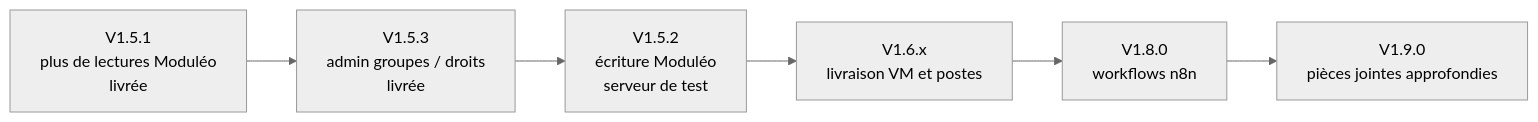
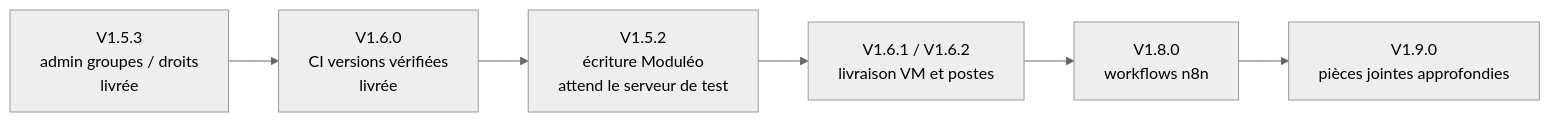
The third of 3 diagrams in README.md (UlyssouLV/BBASS-Agents-IA), drawn with Mermaid (neutral theme) before and after one commit. The commit also changed other lines of this file and 183 other files, not shown here.

First line of the commit message:
V1.6.0 — CI : versions vérifiées et prêtes à livrer (#223)

````diff
--- a/README.md
+++ b/README.md
@@ -174,8 +174,8 @@
 ```mermaid
 flowchart LR
-  V151["V1.5.1<br/>plus de lectures Moduléo<br/>livrée"] --> V153["V1.5.3<br/>admin groupes / droits<br/>livrée"]
-  V153 --> V152["V1.5.2<br/>écriture Moduléo<br/>serveur de test"]
-  V152 --> V16x["V1.6.x<br/>livraison VM et postes"]
+  V153["V1.5.3<br/>admin groupes / droits<br/>livrée"] --> V160["V1.6.0<br/>CI versions vérifiées<br/>livrée"]
+  V160 --> V152["V1.5.2<br/>écriture Moduléo<br/>attend le serveur de test"]
+  V152 --> V16x["V1.6.1 / V1.6.2<br/>livraison VM et postes"]
   V16x --> V180["V1.8.0<br/>workflows n8n"]
   V180 --> V190["V1.9.0<br/>pièces jointes approfondies"]
 ```
````
